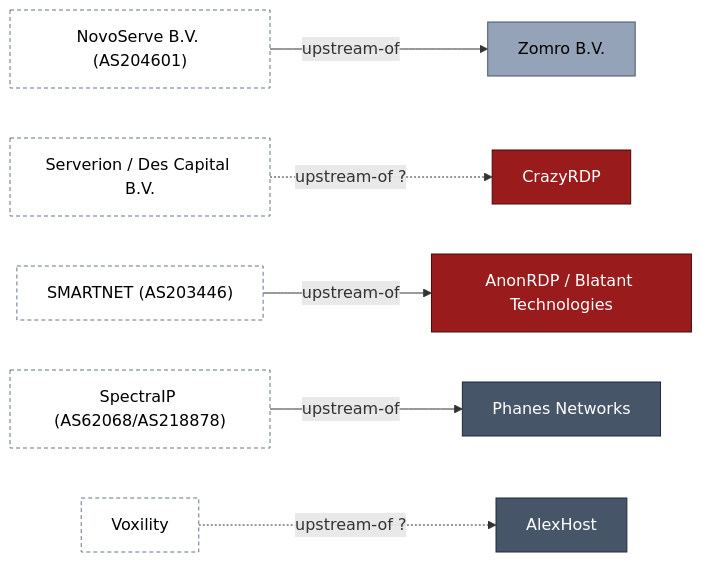
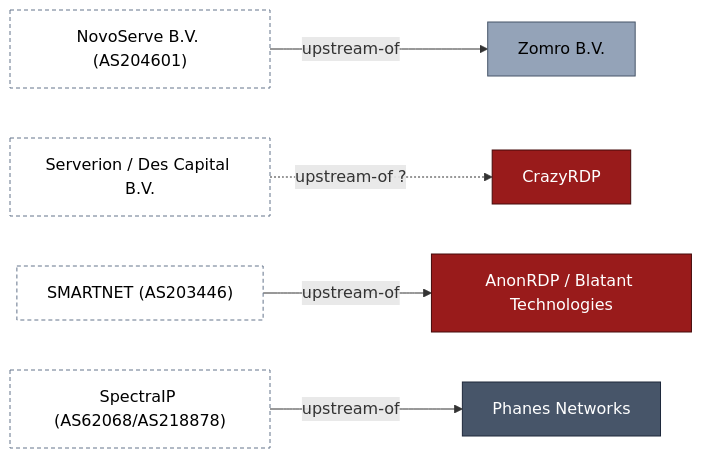
Diagram 25 of 28 in analysis/ECOSYSTEM_MAP.md (crimsonvector/BPH_Research), drawn with Mermaid before and after one commit. The commit also changed other lines of this file and 9 other files, not shown here.

First line of the commit message:
Add AS48753 (AVA HOST SRL) to AlexHost

````diff
--- a/analysis/ECOSYSTEM_MAP.md
+++ b/analysis/ECOSYSTEM_MAP.md
@@ -1497,22 +1511,19 @@
 ```mermaid
 flowchart LR
   n1["NovoServe B.V. (AS204601)"]:::ext
   n2["Zomro B.V."]:::t5
   n1 -->|upstream-of| n2
   n3["Serverion / Des Capital B.V."]:::ext
   n4["CrazyRDP"]:::t1
   n3 -.->|upstream-of ?| n4
   n5["SMARTNET (AS203446)"]:::ext
   n6["AnonRDP / Blatant Technologies"]:::t1
   n5 -->|upstream-of| n6
   n7["SpectraIP (AS62068/AS218878)"]:::ext
   n8["Phanes Networks"]:::t4
   n7 -->|upstream-of| n8
-  n9["Voxility"]:::ext
-  n10["AlexHost"]:::t4
-  n9 -.->|upstream-of ?| n10
   classDef t1 fill:#991b1b,color:#fff,stroke:#450a0a
   classDef t4 fill:#475569,color:#fff,stroke:#1e293b
   classDef t5 fill:#94a3b8,color:#000,stroke:#475569
   classDef ext fill:#fff,color:#000,stroke:#64748b,stroke-dasharray:4 3
 ```
````
